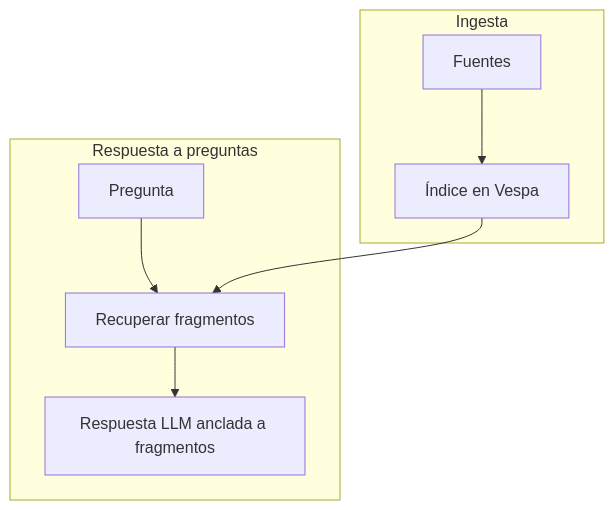
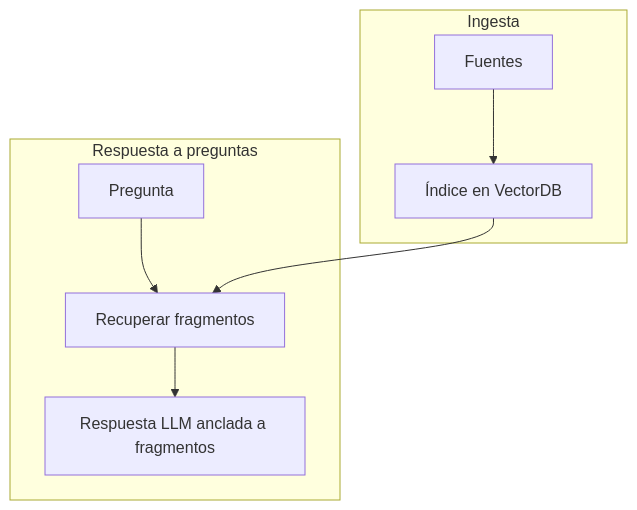
The diagram in docs/user-guide/identiarag-for-analysts.md (13g4d0/docu-es), drawn with Mermaid before and after one commit. The commit also changed other lines of this file and 15 other files, not shown here.

````diff
--- a/docs/user-guide/identiarag-for-analysts.md
+++ b/docs/user-guide/identiarag-for-analysts.md
@@ -11,13 +11,13 @@
 ```mermaid
 flowchart TB
   subgraph ingest [Ingesta]
-    SRC[Fuentes] --> IDX[Índice en Vespa]
+    SRC[Fuentes] --> IDX[Índice en VectorDB]
   end
 
   subgraph ask [Respuesta a preguntas]
     Q[Pregunta] --> R[Recuperar fragmentos]
     R --> A[Respuesta LLM anclada a fragmentos]
   end
 
   IDX --> R
 ```
````
